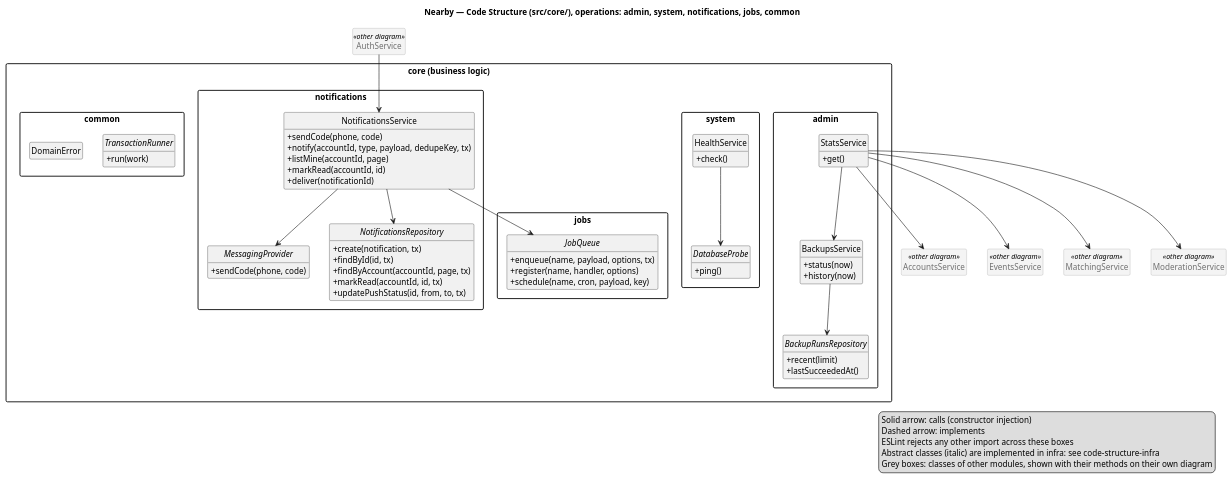
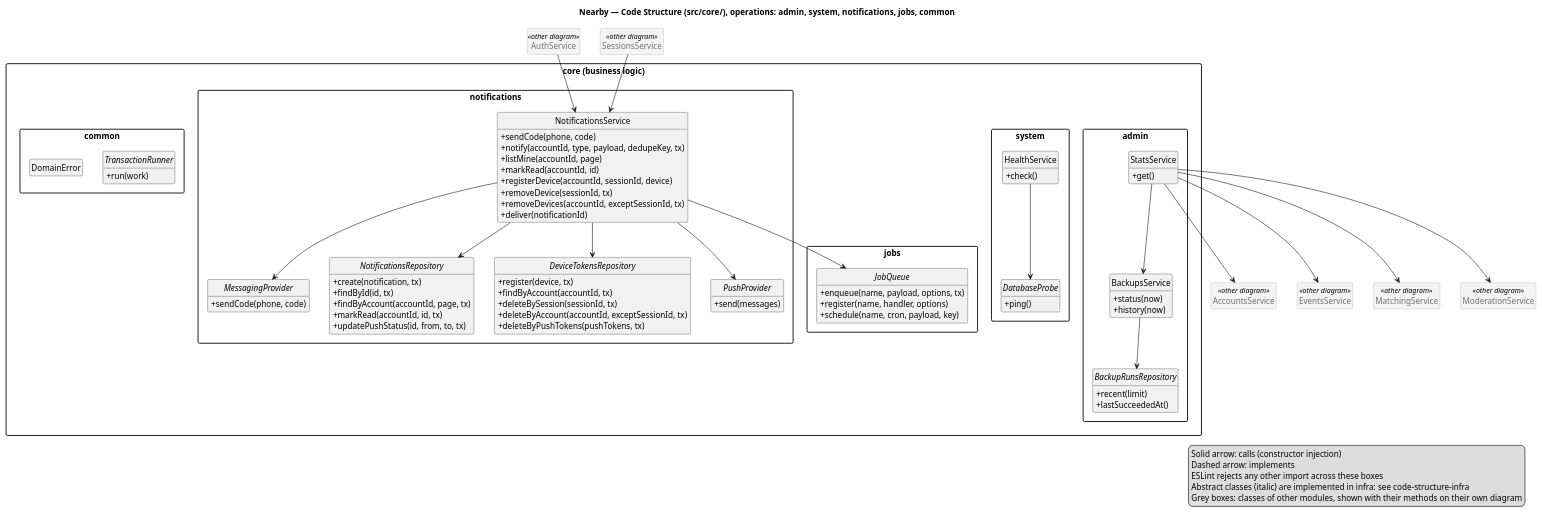
One commit to ukma-fin-ssdm-2026/pun-intended-team changed the diagram in docs/architecture/uml/code-structure-core-operations.puml. Above: the diagram before and after it, drawn with PlantUML. The commit also changed 10 other files, not shown here.

Commit message:
(#372) Document push delivery and device tokens

```diff
--- a/docs/architecture/uml/code-structure-core-operations.puml
+++ b/docs/architecture/uml/code-structure-core-operations.puml
@@ -1,103 +1,120 @@
 @startuml code-structure-core-operations
 /'
   AI Usage Note
   Drafted with Claude from the code in src/.
 '/
 title Nearby — Code Structure (src/core/), operations: admin, system, notifications, jobs, common
 
 skinparam shadowing false
 skinparam packageStyle rectangle
 skinparam classAttributeIconSize 0
 hide empty members
 hide circle
 skinparam class {
   BackgroundColor<<other diagram>> #F4F4F4
   BorderColor<<other diagram>> #A0A0A0
   FontColor<<other diagram>> #707070
 }
 
 package "core (business logic)" as CORE {
   package admin {
     class StatsService {
       +get()
     }
     class BackupsService {
       +status(now)
       +history(now)
     }
     abstract class BackupRunsRepository {
       +recent(limit)
       +lastSucceededAt()
     }
   }
   package system {
     class HealthService {
       +check()
     }
     abstract class DatabaseProbe {
       +ping()
     }
   }
   package notifications {
     class NotificationsService {
       +sendCode(phone, code)
       +notify(accountId, type, payload, dedupeKey, tx)
       +listMine(accountId, page)
       +markRead(accountId, id)
+      +registerDevice(accountId, sessionId, device)
+      +removeDevice(sessionId, tx)
+      +removeDevices(accountId, exceptSessionId, tx)
       +deliver(notificationId)
     }
     abstract class MessagingProvider {
       +sendCode(phone, code)
     }
     abstract class NotificationsRepository {
       +create(notification, tx)
       +findById(id, tx)
       +findByAccount(accountId, page, tx)
       +markRead(accountId, id, tx)
       +updatePushStatus(id, from, to, tx)
+    }
+    abstract class DeviceTokensRepository {
+      +register(device, tx)
+      +findByAccount(accountId, tx)
+      +deleteBySession(sessionId, tx)
+      +deleteByAccount(accountId, exceptSessionId, tx)
+      +deleteByPushTokens(pushTokens, tx)
+    }
+    abstract class PushProvider {
+      +send(messages)
     }
   }
   package jobs {
     abstract class JobQueue {
       +enqueue(name, payload, options, tx)
       +register(name, handler, options)
       +schedule(name, cron, payload, key)
     }
   }
   package common {
     abstract class TransactionRunner {
       +run(work)
     }
     class DomainError
   }
 }
 
 ' other modules' classes, shown with their methods on their own diagram
 class AccountsService <<other diagram>>
 class EventsService <<other diagram>>
 class MatchingService <<other diagram>>
 class ModerationService <<other diagram>>
 class AuthService <<other diagram>>
+class SessionsService <<other diagram>>
 
 ' services call services and reach storage and adapters through abstract classes
 AuthService --> NotificationsService
+SessionsService --> NotificationsService
 StatsService --> AccountsService
 StatsService --> EventsService
 StatsService --> MatchingService
 StatsService --> ModerationService
 StatsService --> BackupsService
 BackupsService --> BackupRunsRepository
 HealthService --> DatabaseProbe
 NotificationsService --> MessagingProvider
 NotificationsService --> NotificationsRepository
+NotificationsService --> DeviceTokensRepository
+NotificationsService --> PushProvider
 NotificationsService --> JobQueue
 
 legend right
   Solid arrow: calls (constructor injection)
   Dashed arrow: implements
   ESLint rejects any other import across these boxes
   Abstract classes (italic) are implemented in infra: see code-structure-infra
   Grey boxes: classes of other modules, shown with their methods on their own diagram
 endlegend
 
 @enduml
```
